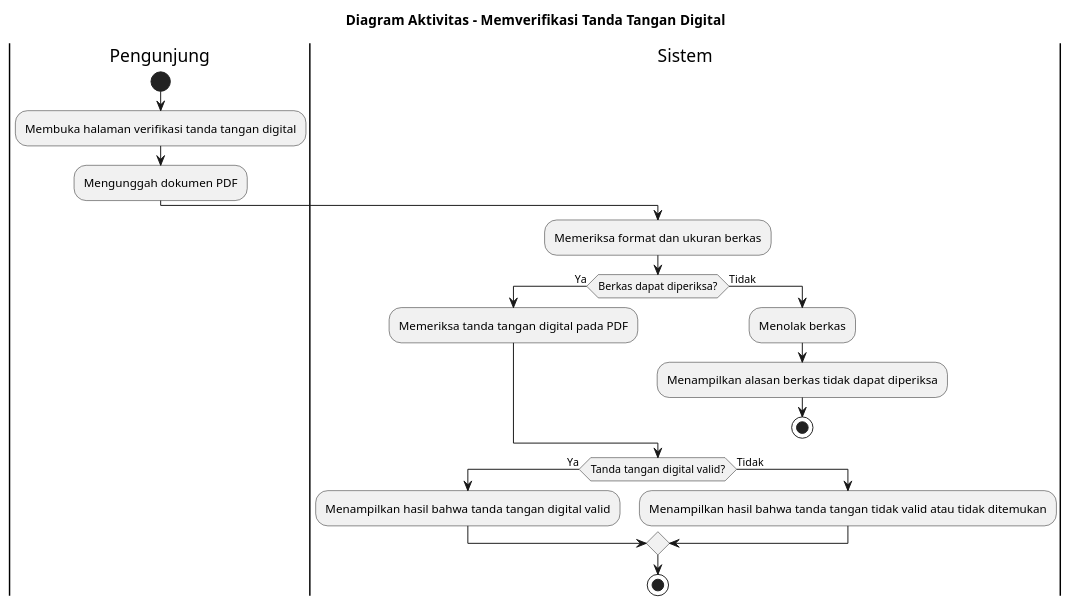
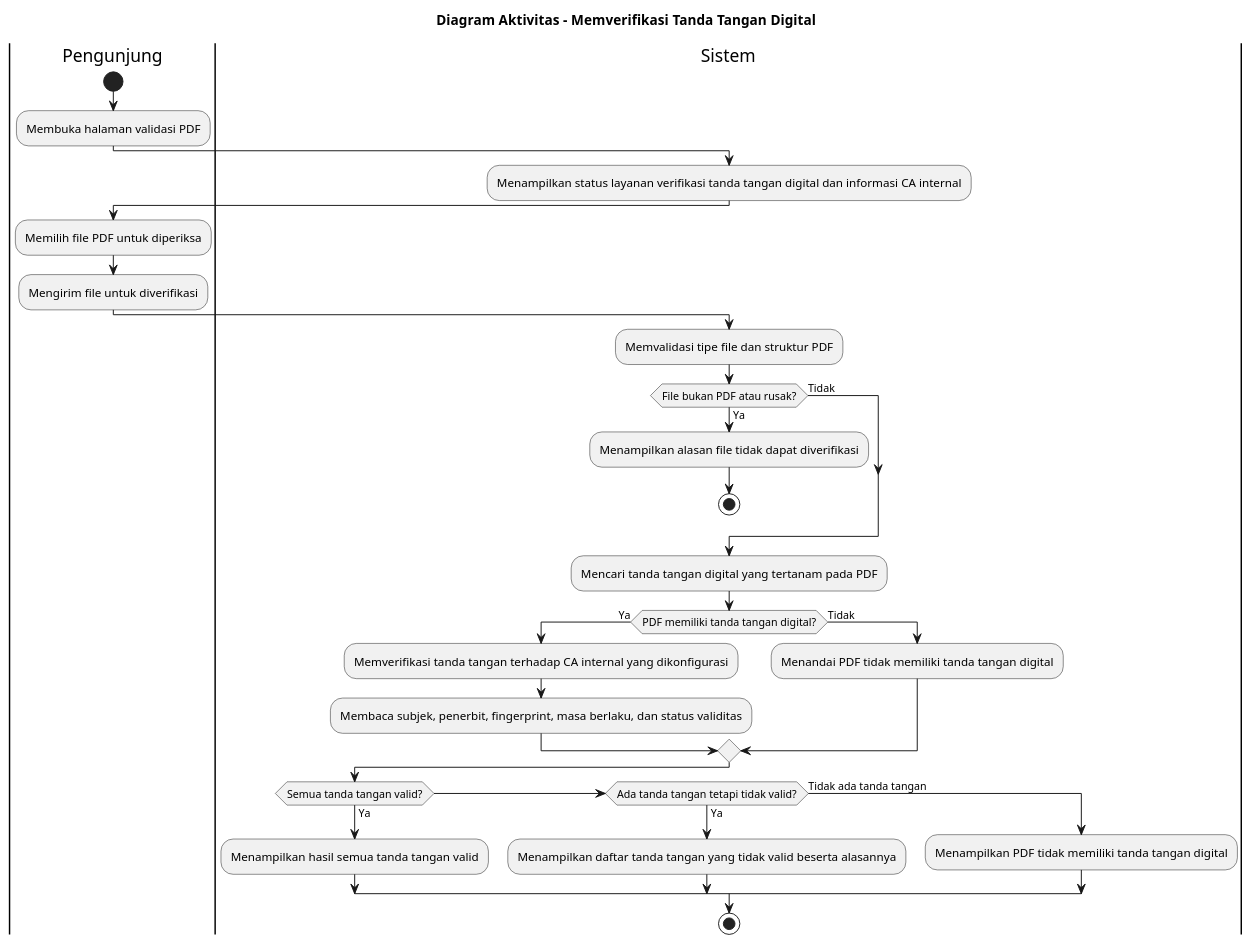
One commit to howlil/sop-generate-app changed the diagram in docs/activity-diagram/lampiran/pengunjung-memverifikasi-tanda-tangan-digital.md. Above: the diagram before and after it, drawn with PlantUML. The commit also changed other lines of this file and 90 other files, not shown here.

````diff
--- a/docs/activity-diagram/lampiran/pengunjung-memverifikasi-tanda-tangan-digital.md
+++ b/docs/activity-diagram/lampiran/pengunjung-memverifikasi-tanda-tangan-digital.md
@@ -16,28 +16,44 @@
 ```plantuml
 @startuml
 title Diagram Aktivitas - Memverifikasi Tanda Tangan Digital
 
 |Pengunjung|
 start
-:Membuka halaman verifikasi tanda tangan digital;
-:Mengunggah dokumen PDF;
+:Membuka halaman validasi PDF;
 
 |Sistem|
-:Memeriksa format dan ukuran berkas;
-if (Berkas dapat diperiksa?) then (Ya)
-  :Memeriksa tanda tangan digital pada PDF;
+:Menampilkan status layanan verifikasi tanda tangan digital dan informasi CA internal;
+
+|Pengunjung|
+:Memilih file PDF untuk diperiksa;
+:Mengirim file untuk diverifikasi;
+
+|Sistem|
+:Memvalidasi tipe file dan struktur PDF;
+
+if (File bukan PDF atau rusak?) then (Ya)
+  :Menampilkan alasan file tidak dapat diverifikasi;
+  stop
 else (Tidak)
-  :Menolak berkas;
-  :Menampilkan alasan berkas tidak dapat diperiksa;
-  stop
 endif
 
-if (Tanda tangan digital valid?) then (Ya)
-  :Menampilkan hasil bahwa tanda tangan digital valid;
+:Mencari tanda tangan digital yang tertanam pada PDF;
+
+if (PDF memiliki tanda tangan digital?) then (Ya)
+  :Memverifikasi tanda tangan terhadap CA internal yang dikonfigurasi;
+  :Membaca subjek, penerbit, fingerprint, masa berlaku, dan status validitas;
 else (Tidak)
-  :Menampilkan hasil bahwa tanda tangan tidak valid atau tidak ditemukan;
+  :Menandai PDF tidak memiliki tanda tangan digital;
+endif
+
+if (Semua tanda tangan valid?) then (Ya)
+  :Menampilkan hasil semua tanda tangan valid;
+elseif (Ada tanda tangan tetapi tidak valid?) then (Ya)
+  :Menampilkan daftar tanda tangan yang tidak valid beserta alasannya;
+else (Tidak ada tanda tangan)
+  :Menampilkan PDF tidak memiliki tanda tangan digital;
 endif
 
 stop
 @enduml
 ```
````
